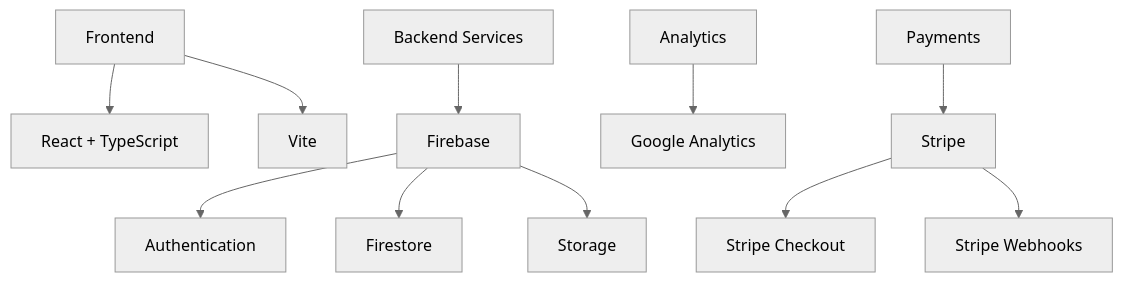
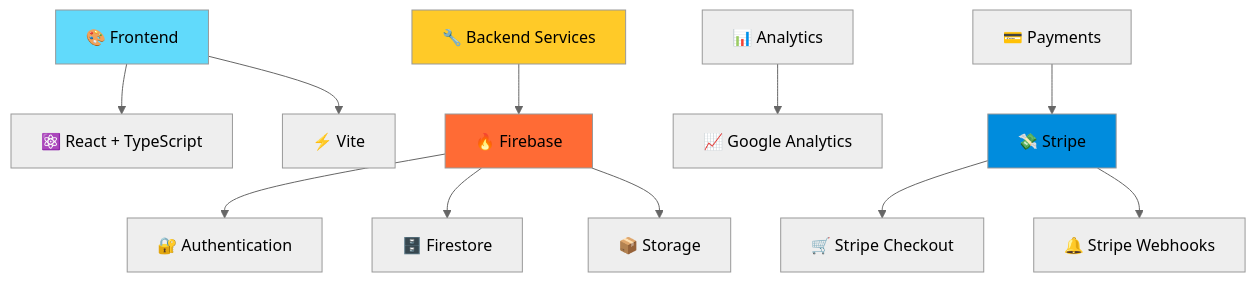
One commit to Bgr8Dev/Bgr8 changed the diagram in README.md. Above: the diagram before and after it, drawn with Mermaid (neutral theme). The commit also changed other lines of this file, not shown here.

````diff
--- a/README.md
+++ b/README.md
@@ -69,13 +107,18 @@
 ```mermaid
 graph TD
-    A[Frontend] --> B[React + TypeScript]
-    A --> C[Vite]
-    D[Backend Services] --> E[Firebase]
-    E --> F[Authentication]
-    E --> G[Firestore]
-    E --> H[Storage]
-    I[Analytics] --> J[Google Analytics]
-    K[Payments] --> L[Stripe]
-    L --> M[Stripe Checkout]
-    L --> N[Stripe Webhooks]
+    A[🎨 Frontend] --> B[⚛️ React + TypeScript]
+    A --> C[⚡ Vite]
+    D[🔧 Backend Services] --> E[🔥 Firebase]
+    E --> F[🔐 Authentication]
+    E --> G[🗄️ Firestore]
+    E --> H[📦 Storage]
+    I[📊 Analytics] --> J[📈 Google Analytics]
+    K[💳 Payments] --> L[💸 Stripe]
+    L --> M[🛒 Stripe Checkout]
+    L --> N[🔔 Stripe Webhooks]
+    
+    style A fill:#61DAFB
+    style D fill:#FFCA28
+    style E fill:#FF6B35
+    style L fill:#008CDD
 ```
````
